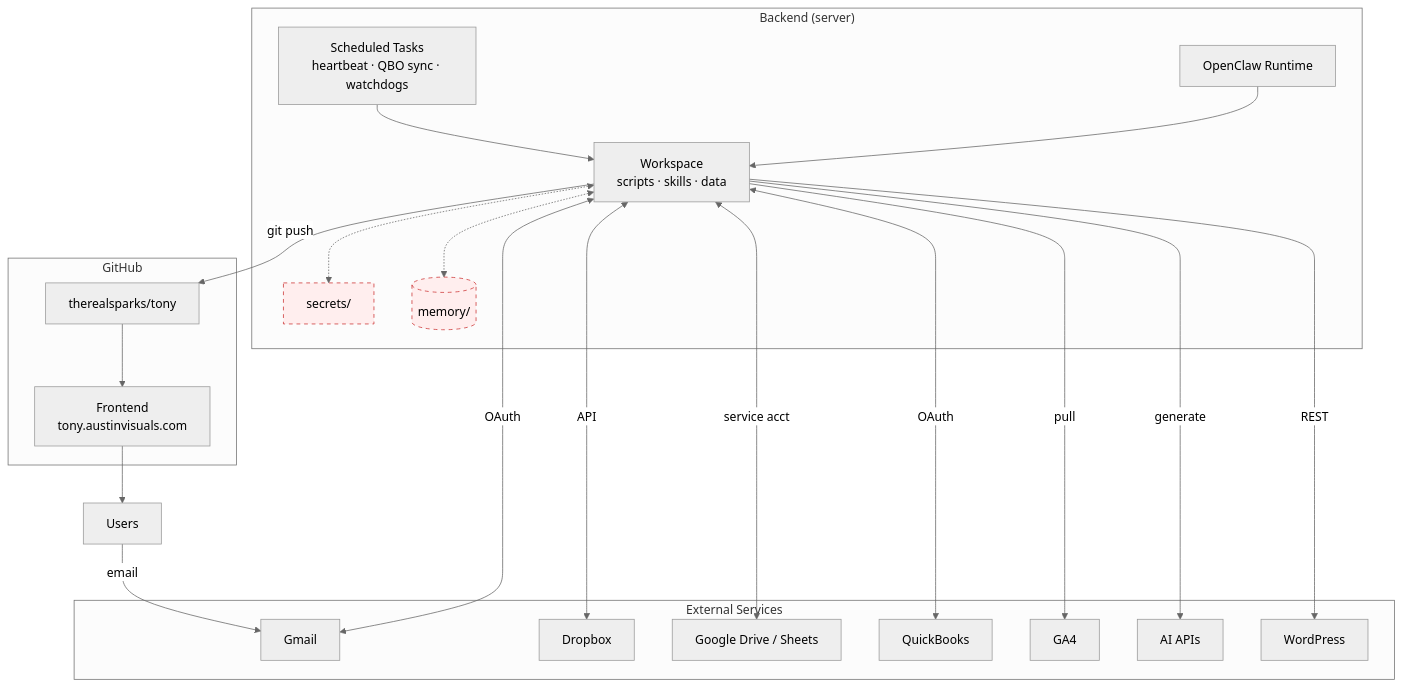
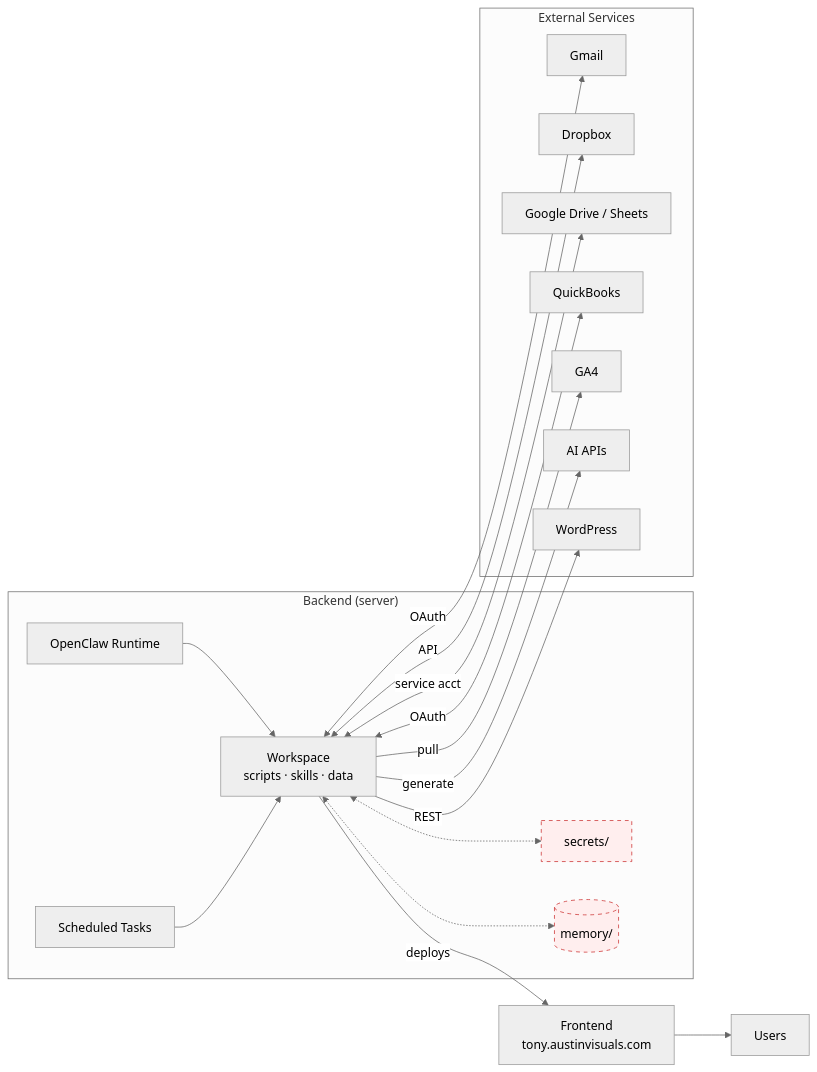
Before and after one commit to therealsparks/tony-docs: the diagram in architecture/01-components.md, drawn with Mermaid (neutral theme).

Commit message:
Simplify components diagram: drop GitHub subgraph, direct deploy arrow, remove confusing user flow

````diff
--- a/architecture/01-components.md
+++ b/architecture/01-components.md
@@ -7,47 +7,41 @@
 ```mermaid
-flowchart TB
+flowchart LR
     subgraph backend["Backend (server)"]
         RT["OpenClaw Runtime"]
-        CRON["Scheduled Tasks\nheartbeat · QBO sync · watchdogs"]
+        CRON["Scheduled Tasks"]
         WS["Workspace\nscripts · skills · data"]
         SEC["secrets/"]
         MEM[("memory/")]
 
         RT & CRON --> WS
         WS <-.-> SEC
         WS <-.-> MEM
     end
 
     subgraph ext["External Services"]
         GM["Gmail"]
         DB["Dropbox"]
         GOOG["Google Drive / Sheets"]
         QBO["QuickBooks"]
         GA["GA4"]
         AI["AI APIs"]
         WP["WordPress"]
     end
 
-    subgraph publish["GitHub"]
-        REPO["therealsparks/tony"]
-        FRONTEND["Frontend\ntony.austinvisuals.com"]
-        REPO --> FRONTEND
-    end
-
+    FRONTEND["Frontend\ntony.austinvisuals.com"]
     USERS["Users"]
 
     WS <-->|OAuth| GM
     WS <-->|API| DB
     WS <-->|service acct| GOOG
     WS <-->|OAuth| QBO
     WS -->|pull| GA
     WS -->|generate| AI
     WS -->|REST| WP
 
-    WS -->|git push| REPO
+    WS -->|deploys| FRONTEND
     FRONTEND --> USERS
-    USERS -->|email| GM
 
     classDef missing fill:#fee,stroke:#c33,stroke-dasharray:5 5
     class SEC,MEM missing
 ```
````
